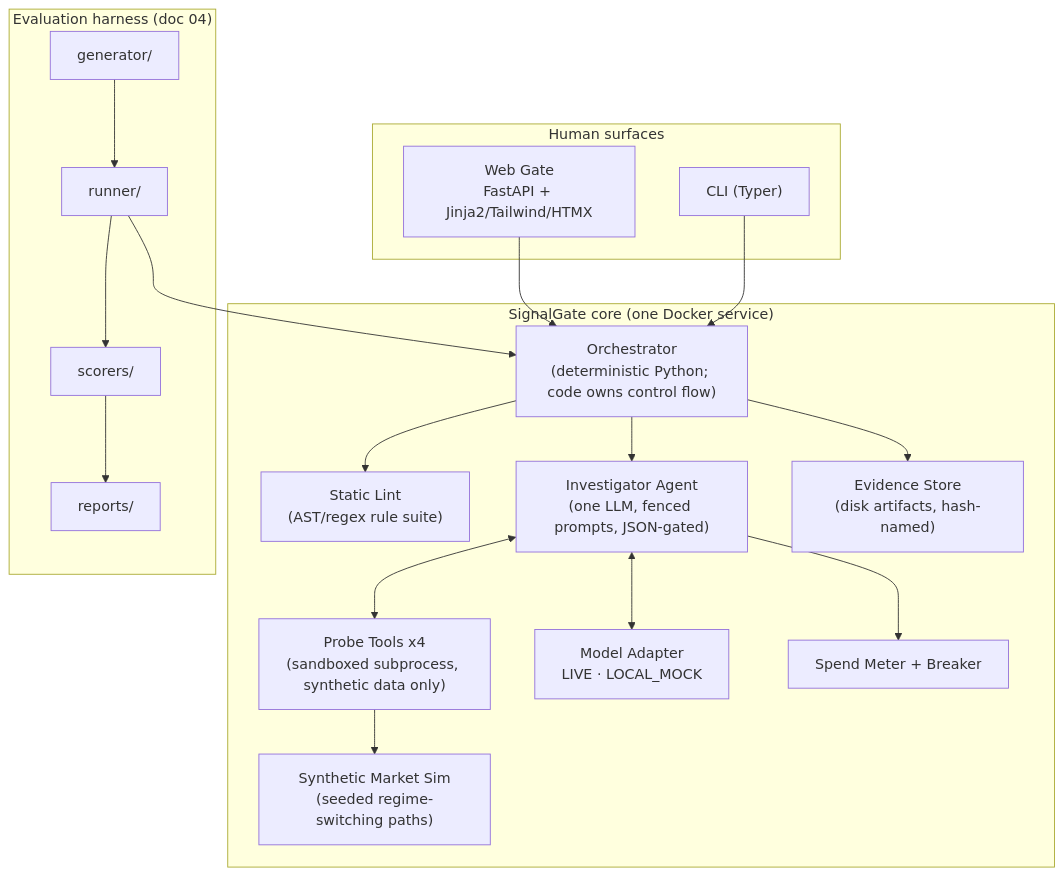
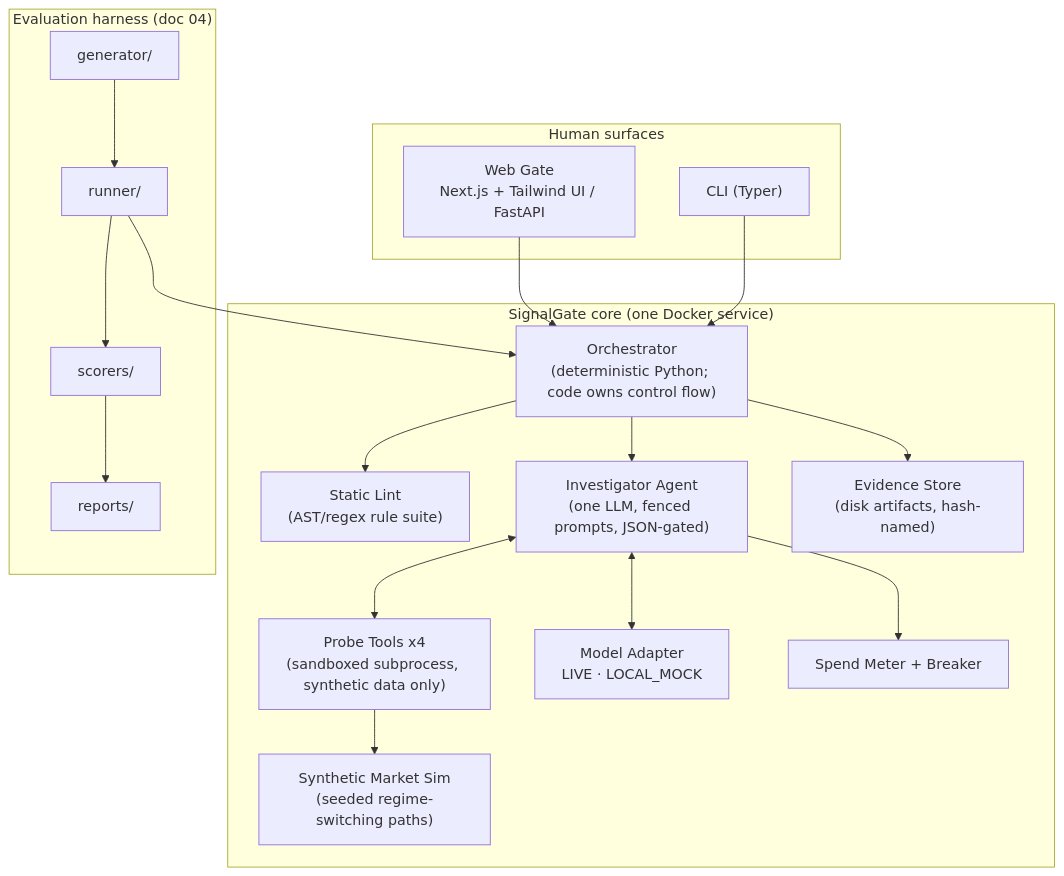
One commit to Prakhar2025/SignalGate changed the second of 4 diagrams in docs/03-architecture.md. Above: the diagram before and after it, drawn with Mermaid. The commit also changed other lines of this file and 1 other file, not shown here.

Commit message:
docs: polish architecture UI tech stack and ablation changelog labels

````diff
--- a/docs/03-architecture.md
+++ b/docs/03-architecture.md
@@ -43,31 +43,31 @@
 ```mermaid
 flowchart TB
     subgraph Surfaces["Human surfaces"]
-        WEB["Web Gate<br/>FastAPI + Jinja2/Tailwind/HTMX"]
+        WEB["Web Gate<br/>Next.js + Tailwind UI / FastAPI"]
         CLI["CLI (Typer)"]
     end
     subgraph Core["SignalGate core (one Docker service)"]
         ORC["Orchestrator<br/>(deterministic Python; code owns control flow)"]
         LINT["Static Lint<br/>(AST/regex rule suite)"]
         AGT["Investigator Agent<br/>(one LLM, fenced prompts, JSON-gated)"]
         PRB["Probe Tools x4<br/>(sandboxed subprocess, synthetic data only)"]
         SIM["Synthetic Market Sim<br/>(seeded regime-switching paths)"]
         ADP["Model Adapter<br/>LIVE · LOCAL_MOCK"]
         BUN["Evidence Store<br/>(disk artifacts, hash-named)"]
         BRK["Spend Meter + Breaker"]
     end
     subgraph Eval["Evaluation harness (doc 04)"]
         GEN["generator/"] --> RUN["runner/"]
         RUN --> SCO["scorers/"] --> REP["reports/"]
     end
     WEB --> ORC
     CLI --> ORC
     ORC --> LINT
     ORC --> AGT
     AGT <--> PRB
     PRB --> SIM
     AGT <--> ADP
     ORC --> BUN
     AGT --> BRK
     RUN --> ORC
 ```
````
